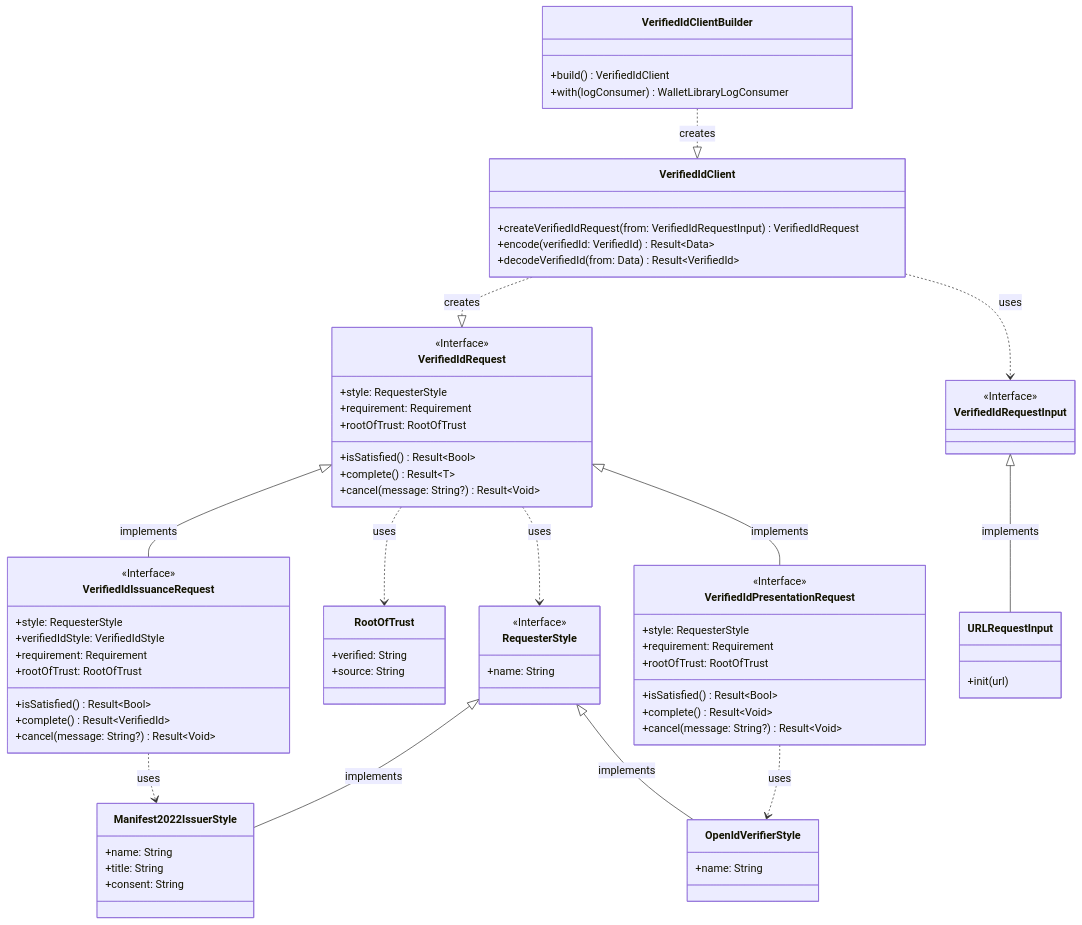
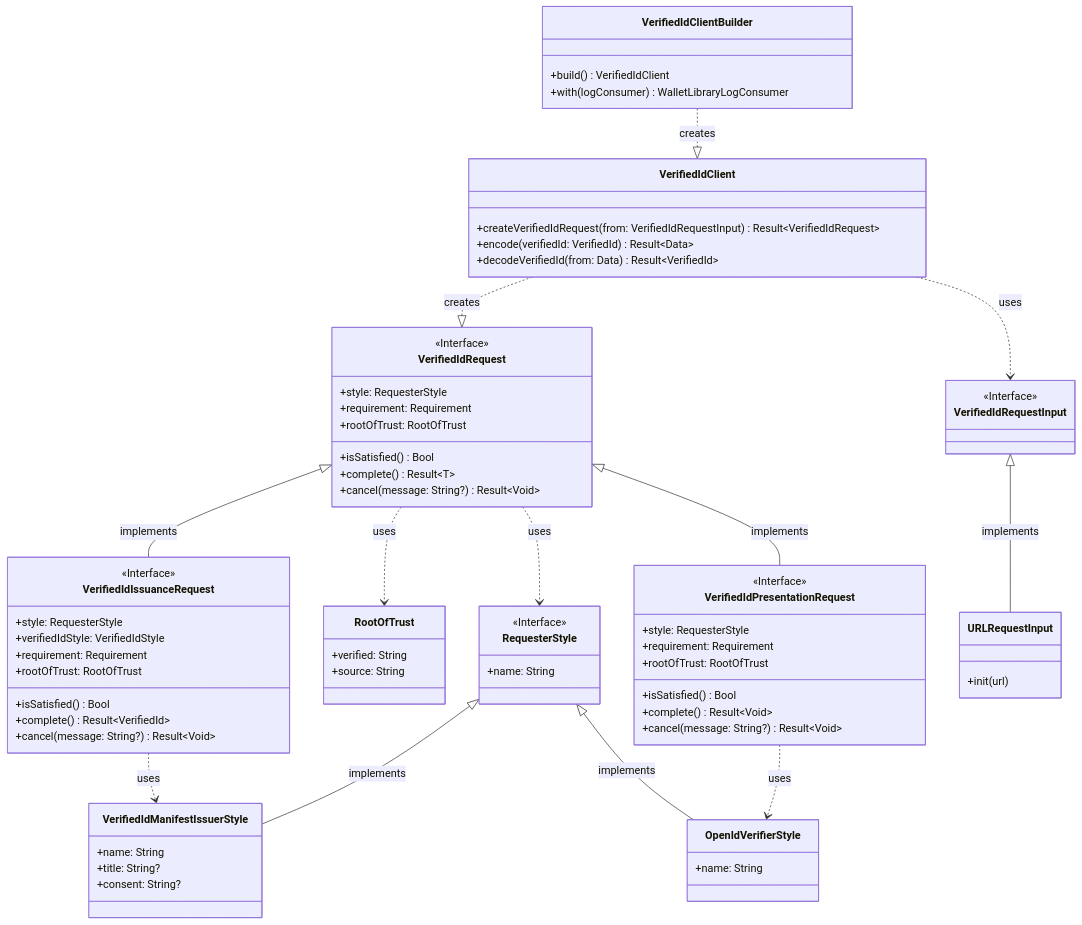
One commit to microsoft/entra-verifiedid-wallet-library-ios changed the first of 3 diagrams in Docs/LibraryArchitecture.md. Above: the diagram before and after it, drawn with Mermaid. The commit also changed other lines of this file, not shown here.

````diff
--- a/Docs/LibraryArchitecture.md
+++ b/Docs/LibraryArchitecture.md
@@ -5,75 +5,75 @@
 ```mermaid
 classDiagram
 VerifiedIdClientBuilder ..|> VerifiedIdClient: creates
 VerifiedIdClient ..|> VerifiedIdRequest: creates
 VerifiedIdRequest ..> RequesterStyle: uses
 VerifiedIdRequest ..> RootOfTrust: uses
 VerifiedIdRequest <|-- VerifiedIdIssuanceRequest: implements
 VerifiedIdRequest <|-- VerifiedIdPresentationRequest: implements
 VerifiedIdClient ..> VerifiedIdRequestInput: uses
 VerifiedIdRequestInput <|-- URLRequestInput: implements
-RequesterStyle <|-- Manifest2022IssuerStyle: implements
+RequesterStyle <|-- VerifiedIdManifestIssuerStyle: implements
 VerifiedIdPresentationRequest ..> OpenIdVerifierStyle: uses
 RequesterStyle <|-- OpenIdVerifierStyle: implements
-VerifiedIdIssuanceRequest ..> Manifest2022IssuerStyle: uses
+VerifiedIdIssuanceRequest ..> VerifiedIdManifestIssuerStyle: uses
 class VerifiedIdClientBuilder{
     +build() VerifiedIdClient
     +with(logConsumer) WalletLibraryLogConsumer
 }
 class VerifiedIdClient{
-    +createVerifiedIdRequest(from: VerifiedIdRequestInput) VerifiedIdRequest
+    +createVerifiedIdRequest(from: VerifiedIdRequestInput) Result<<T>VerifiedIdRequest>
     +encode(verifiedId: VerifiedId) Result<<T>Data>
     +decodeVerifiedId(from: Data) Result<<T>VerifiedId>
 }
 <<Interface>> VerifiedIdRequestInput
 class URLRequestInput{
     +init(url)
 }
 <<Interface>> VerifiedIdRequest
 class VerifiedIdRequest{
     +style: RequesterStyle
     +requirement: Requirement
     +rootOfTrust: RootOfTrust
-    +isSatisfied() Result<<T>Bool>
+    +isSatisfied() Bool
     +complete() Result<<T>T>
     +cancel(message: String?) Result<<T>Void>
 }
 <<Interface>> VerifiedIdIssuanceRequest
 class VerifiedIdIssuanceRequest{
     +style: RequesterStyle
     +verifiedIdStyle: VerifiedIdStyle
     +requirement: Requirement
     +rootOfTrust: RootOfTrust
-    +isSatisfied() Result<<T>Bool>
+    +isSatisfied() Bool
     +complete() Result<<T>VerifiedId>
     +cancel(message: String?) Result<<T>Void>
 }
 <<Interface>> VerifiedIdPresentationRequest
 class VerifiedIdPresentationRequest{
     +style: RequesterStyle
     +requirement: Requirement
     +rootOfTrust: RootOfTrust
-    +isSatisfied() Result<<T>Bool>
+    +isSatisfied() Bool
     +complete() Result<<T>Void>
     +cancel(message: String?) Result<<T>Void>
 }
 
 class RootOfTrust{
     +verified: String
     +source: String
 }
 <<Interface>> RequesterStyle
 class RequesterStyle{
     +name: String
 }
 
-class Manifest2022IssuerStyle{
+class VerifiedIdManifestIssuerStyle{
     +name: String
-    +title: String
-    +consent: String
+    +title: String?
+    +consent: String?
 }
 
 class OpenIdVerifierStyle{
     +name: String
 }
 ```
````
